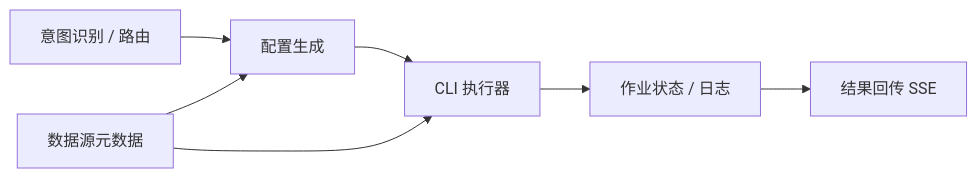
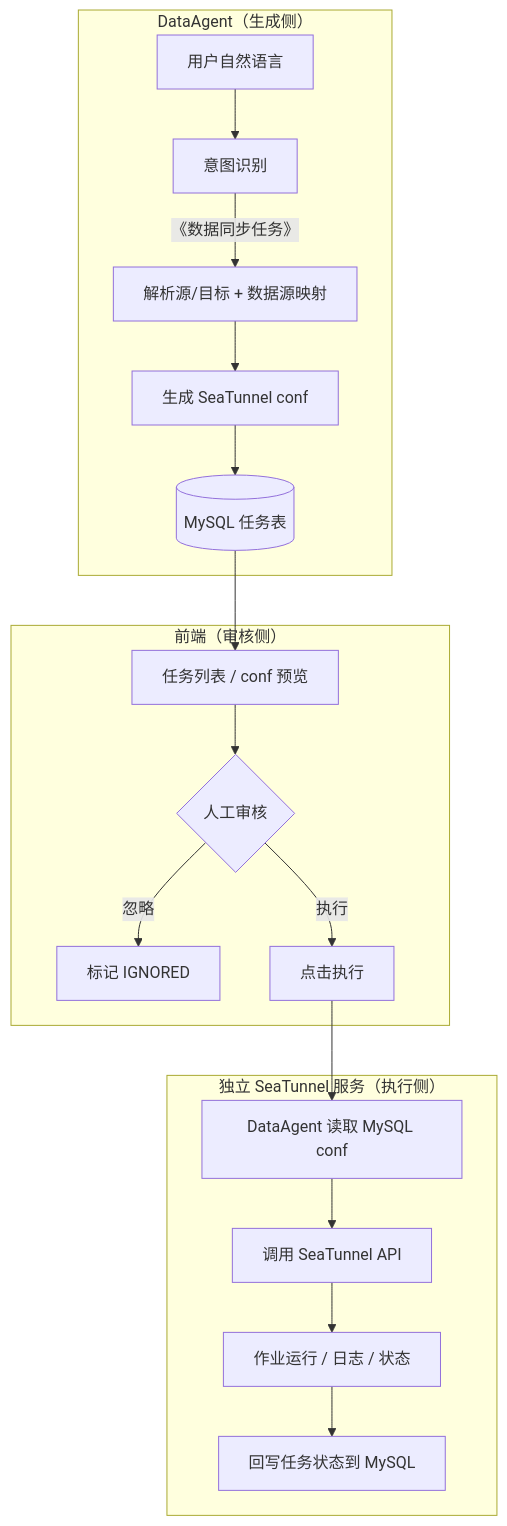
Before and after one commit to Uchiha-Itachi792/DataPlusSeatunnelAgent: the diagram in docs/SEATUNNEL_EXTENSION_ROADMAP.md, drawn with Mermaid. The commit also changed other lines of this file, not shown here.

````diff
--- a/docs/SEATUNNEL_EXTENSION_ROADMAP.md
+++ b/docs/SEATUNNEL_EXTENSION_ROADMAP.md
@@ -9,9 +8,23 @@
 ```mermaid
-flowchart LR
-  A[意图识别 / 路由] --> B[配置生成]
-  B --> C[CLI 执行器]
-  C --> D[作业状态 / 日志]
-  D --> E[结果回传 SSE]
-  F[数据源元数据] --> B
-  F --> C
+flowchart TB
+  subgraph DataAgent["DataAgent（生成侧）"]
+    A[用户自然语言] --> B[意图识别]
+    B -->|《数据同步任务》| C[解析源/目标 + 数据源映射]
+    C --> D[生成 SeaTunnel conf]
+    D --> E[(MySQL 任务表)]
+  end
+
+  subgraph Frontend["前端（审核侧）"]
+    E --> F[任务列表 / conf 预览]
+    F --> G{人工审核}
+    G -->|忽略| H[标记 IGNORED]
+    G -->|执行| I[点击执行]
+  end
+
+  subgraph SeaTunnelSvc["独立 SeaTunnel 服务（执行侧）"]
+    I --> J[DataAgent 读取 MySQL conf]
+    J --> K[调用 SeaTunnel API]
+    K --> L[作业运行 / 日志 / 状态]
+    L --> M[回写任务状态到 MySQL]
+  end
 ```
````
